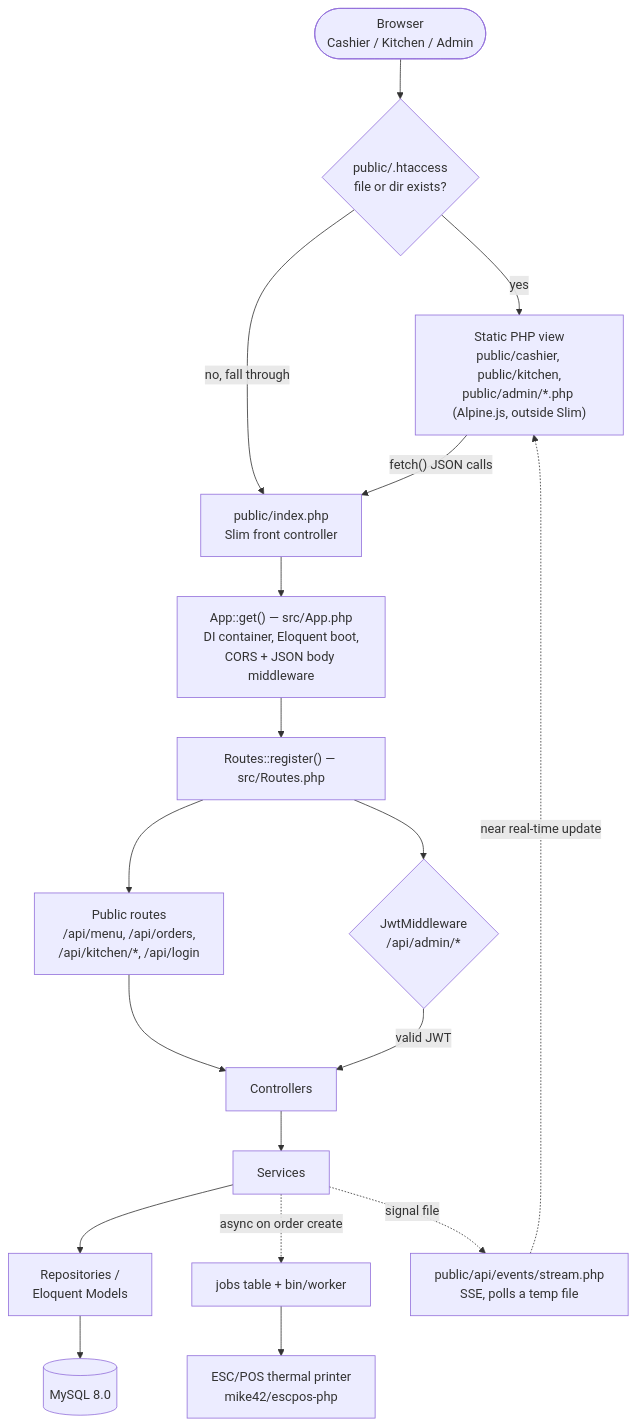
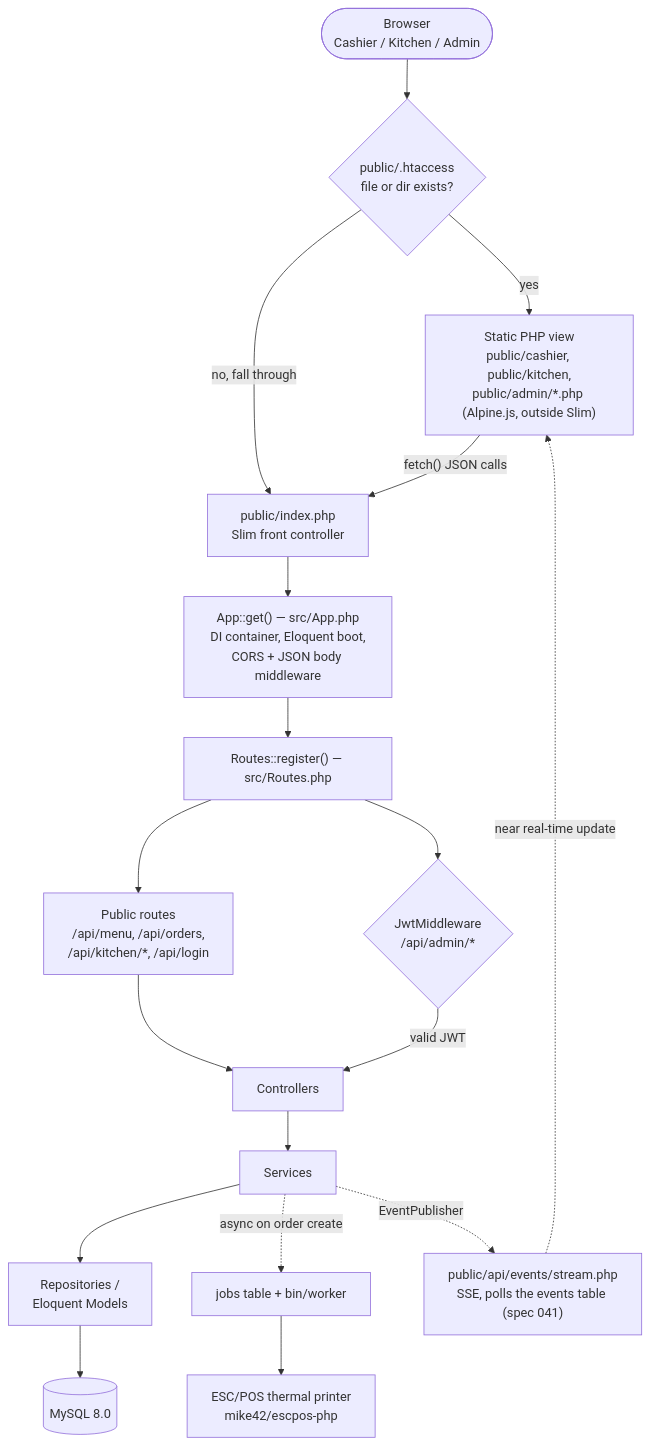
Before and after one commit to FocusEvenGitHub/GastroFlow: the first of 2 diagrams in docs/architecture.md, drawn with Mermaid. The commit also changed other lines of this file and 19 other files, not shown here.

````diff
--- a/docs/architecture.md
+++ b/docs/architecture.md
@@ -9,28 +9,28 @@
 ```mermaid
 flowchart TD
     Client(["Browser<br/>Cashier / Kitchen / Admin"]) --> Htaccess{"public/.htaccess<br/>file or dir exists?"}
 
     Htaccess -->|"yes"| Views["Static PHP view<br/>public/cashier, public/kitchen,<br/>public/admin/*.php (Alpine.js, outside Slim)"]
     Htaccess -->|"no, fall through"| Front["public/index.php<br/>Slim front controller"]
 
     Views -->|"fetch() JSON calls"| Front
 
     Front --> Boot["App::get() — src/App.php<br/>DI container, Eloquent boot,<br/>CORS + JSON body middleware"]
     Boot --> Routes["Routes::register() — src/Routes.php"]
 
     Routes --> PublicRoutes["Public routes<br/>/api/menu, /api/orders,<br/>/api/kitchen/*, /api/login"]
     Routes --> Guard{"JwtMiddleware<br/>/api/admin/*"}
 
     PublicRoutes --> Controllers["Controllers"]
     Guard -->|"valid JWT"| Controllers
 
     Controllers --> Services["Services"]
     Services --> Data["Repositories /<br/>Eloquent Models"]
     Data --> DB[("MySQL 8.0")]
 
     Services -.->|"async on order create"| Jobs["jobs table + bin/worker"]
     Jobs --> Printer["ESC/POS thermal printer<br/>mike42/escpos-php"]
 
-    Services -.->|"signal file"| SSE["public/api/events/stream.php<br/>SSE, polls a temp file"]
+    Services -.->|"EventPublisher"| SSE["public/api/events/stream.php<br/>SSE, polls the events table (spec 041)"]
     SSE -.->|"near real-time update"| Views
 ```
````
